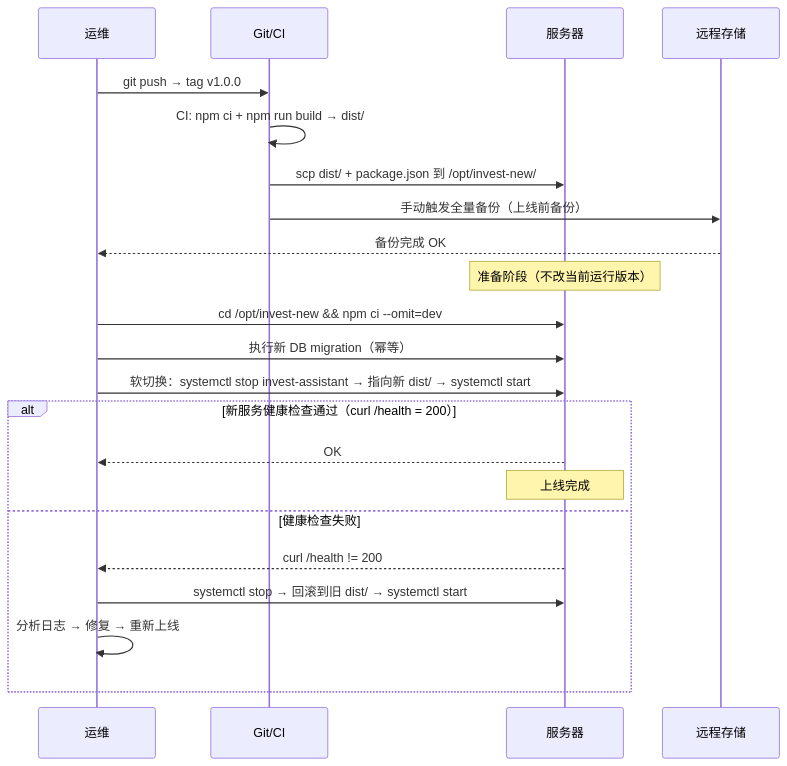
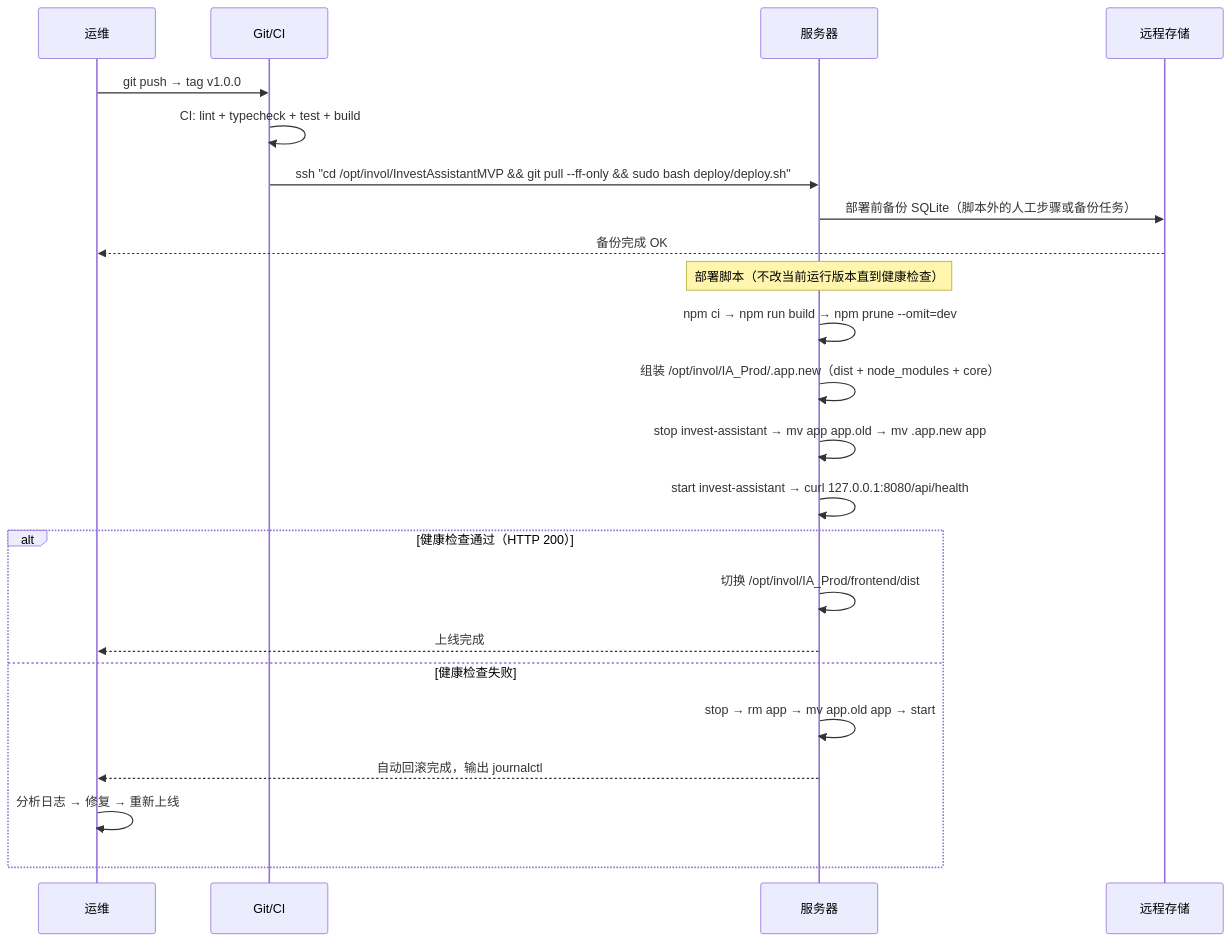
Diagram 14 of 15 in docs/client/SDD.md (skytreat/InvestAssistantMVP), drawn with Mermaid before and after one commit. The commit also changed other lines of this file and 14 other files, not shown here.

First line of the commit message:
fix(deploy): 生产部署加固并迁移到 /opt/invol/IA_Prod (#36)

````diff
--- a/docs/client/SDD.md
+++ b/docs/client/SDD.md
@@ -2613,27 +2623,28 @@
 ```mermaid
 sequenceDiagram
     participant Admin as 运维
     participant Git as Git/CI
     participant VM as 服务器
     participant Backup as 远程存储
 
     Admin->>Git: git push → tag v1.0.0
-    Git->>Git: CI: npm ci + npm run build → dist/
-    Git->>VM: scp dist/ + package.json 到 /opt/invest-new/
-    Git->>Backup: 手动触发全量备份（上线前备份）
+    Git->>Git: CI: lint + typecheck + test + build
+    Git->>VM: ssh "cd /opt/invol/InvestAssistantMVP && git pull --ff-only && sudo bash deploy/deploy.sh"
+    VM->>Backup: 部署前备份 SQLite（脚本外的人工步骤或备份任务）
     Backup-->>Admin: 备份完成 OK
 
-    Note over VM: 准备阶段（不改当前运行版本）
-    Admin->>VM: cd /opt/invest-new && npm ci --omit=dev
-    Admin->>VM: 执行新 DB migration（幂等）
-    Admin->>VM: 软切换：systemctl stop invest-assistant → 指向新 dist/ → systemctl start
+    Note over VM: 部署脚本（不改当前运行版本直到健康检查）
+    VM->>VM: npm ci → npm run build → npm prune --omit=dev
+    VM->>VM: 组装 /opt/invol/IA_Prod/.app.new（dist + node_modules + core）
+    VM->>VM: stop invest-assistant → mv app app.old → mv .app.new app
+    VM->>VM: start invest-assistant → curl 127.0.0.1:8080/api/health
 
-    alt 新服务健康检查通过（curl /health = 200）
-        VM-->>Admin: OK
-        Note over VM: 上线完成
+    alt 健康检查通过（HTTP 200）
+        VM->>VM: 切换 /opt/invol/IA_Prod/frontend/dist
+        VM-->>Admin: 上线完成
     else 健康检查失败
-        VM-->>Admin: curl /health != 200
-        Admin->>VM: systemctl stop → 回滚到旧 dist/ → systemctl start
+        VM->>VM: stop → rm app → mv app.old app → start
+        VM-->>Admin: 自动回滚完成，输出 journalctl
         Admin->>Admin: 分析日志 → 修复 → 重新上线
     end
 ```
````
